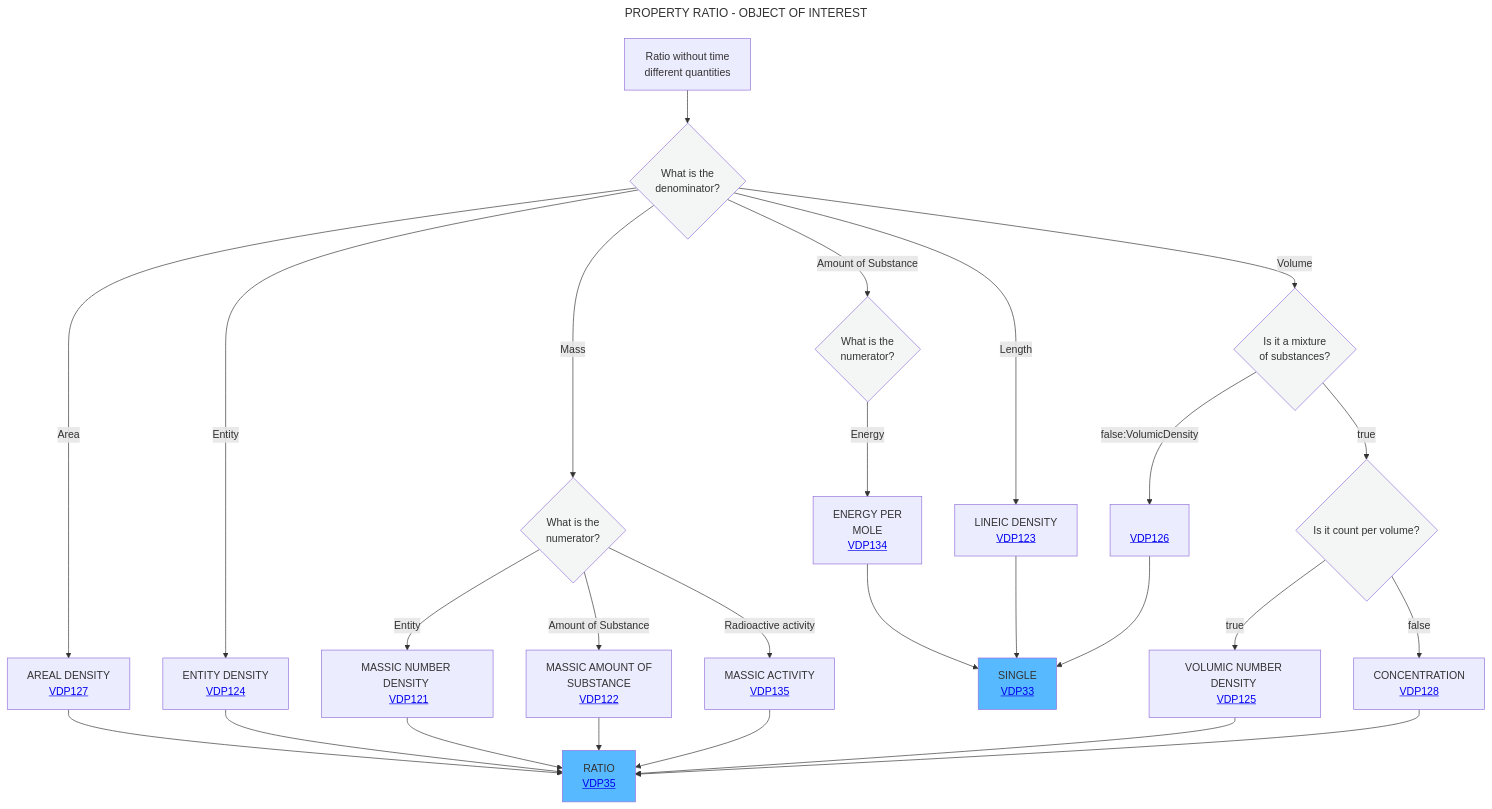
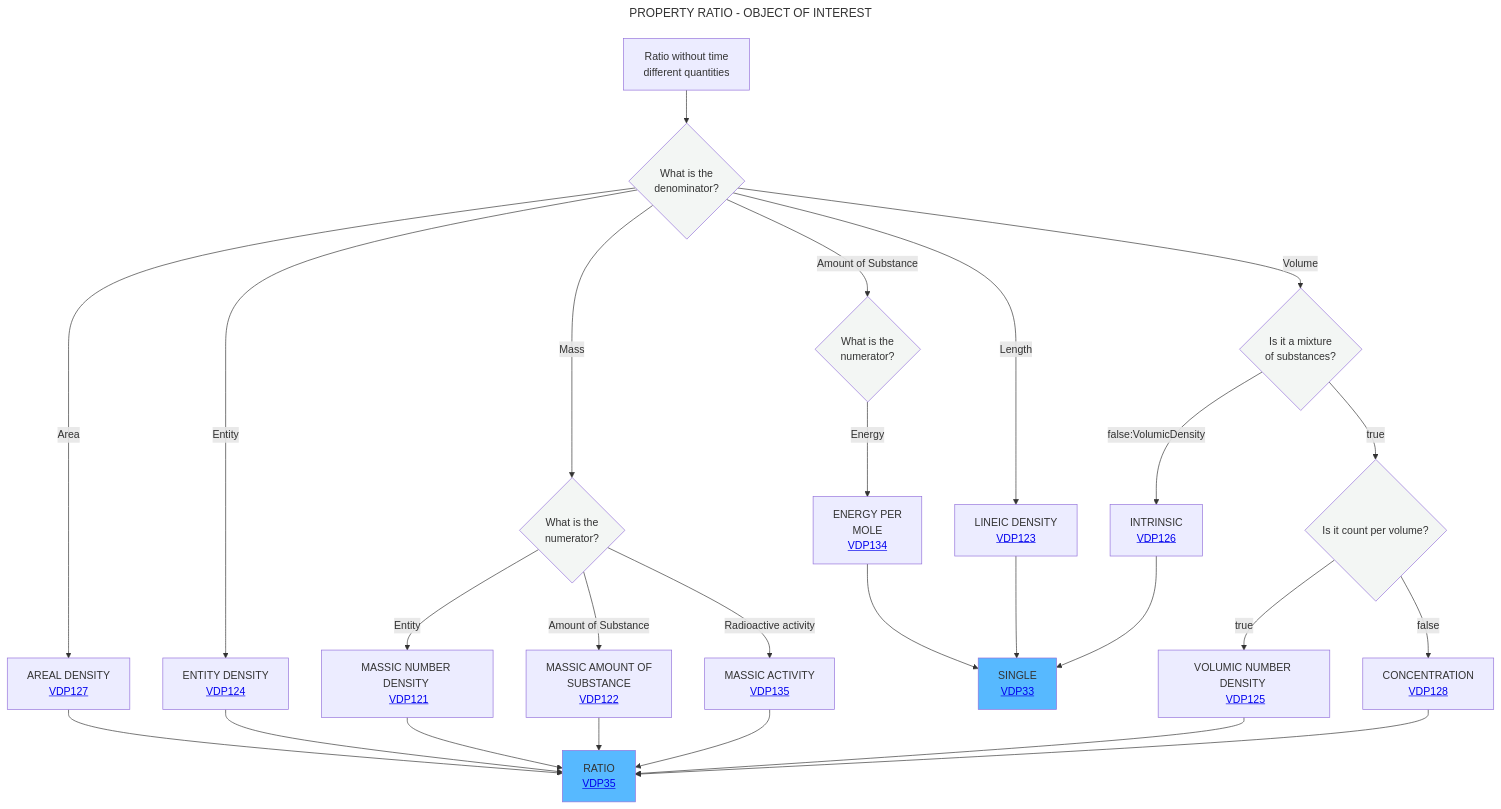
One commit to mabablue/I-ADOPT-patterns-playground changed the diagram in Decisition_trees/DT5.mmd. Above: the diagram before and after it, drawn with Mermaid.

Commit message:
Update label for false VolumicDensity case

```diff
--- a/Decisition_trees/DT5.mmd
+++ b/Decisition_trees/DT5.mmd
@@ -1,33 +1,33 @@
 ---
 title: PROPERTY RATIO - OBJECT OF INTEREST
 ---
 flowchart TD
     A[Ratio without time <br> different quantities] --> B{What is the <br> denominator?}:::white
     B -- Area -->C[AREAL DENSITY <br> <a href='https://github.com/mabablue/I-ADOPT-patterns-playground/blob/main/pattern/VDP127.yaml'>VDP127</a>]
     B -- Entity -->F[ENTITY DENSITY <br> <a href='https://github.com/mabablue/I-ADOPT-patterns-playground/blob/main/pattern/VDP124.yaml'>VDP124</a>]
     B -- Mass -->E{What is the <br> numerator?}:::white
     B -- Amount of Substance --> R{What is the <br> numerator?}:::white
     B -- Length -->D[LINEIC DENSITY <br> <a href='https://github.com/mabablue/I-ADOPT-patterns-playground/blob/main/pattern/VDP123.yaml'>VDP123</a>]
     E -- Entity --> L[MASSIC NUMBER DENSITY <br> <a href='https://github.com/mabablue/I-ADOPT-patterns-playground/blob/main/pattern/VDP121.yaml'>VDP121</a>]
     E -- Amount of Substance --> P[MASSIC AMOUNT OF <br> SUBSTANCE <br> <a href='https://github.com/mabablue/I-ADOPT-patterns-playground/blob/main/pattern/VDP122.yaml'>VDP122</a>]
     E -- Radioactive activity --> Q[MASSIC ACTIVITY <br> <a href='https://github.com/mabablue/I-ADOPT-patterns-playground/blob/main/pattern/VDP135.yaml'>VDP135</a>]
     B -- Volume -->G{Is it a mixture <br> of substances?}:::white
-    G -- false:VolumicDensity-->H[<br> <a href='https://github.com/mabablue/I-ADOPT-patterns-playground/blob/main/pattern/VDP126.yaml'>VDP126</a>]
+    G -- false:VolumicDensity-->H[INTRINSIC <br> <a href='https://github.com/mabablue/I-ADOPT-patterns-playground/blob/main/pattern/VDP126.yaml'>VDP126</a>]
     G--> |true|J{Is it count per volume?}:::white
     J --> |true|I[VOLUMIC NUMBER DENSITY <br> <a href='https://github.com/mabablue/I-ADOPT-patterns-playground/blob/main/pattern/VDP125.yaml'>VDP125</a>]
     J --> |false|M[CONCENTRATION <br> <a href='https://github.com/mabablue/I-ADOPT-patterns-playground/blob/main/pattern/VDP128.yaml'>VDP128</a>]
     I --> N
     C --> N[RATIO <br> <a href='https://github.com/mabablue/I-ADOPT-patterns-playground/blob/main/pattern/VDP35.yaml'>VDP35</a>]:::satblue
     F --> N
     D --> O[SINGLE <br> <a href='https://github.com/mabablue/I-ADOPT-patterns-playground/blob/main/pattern/VDP33.yaml'>VDP33</a>]:::satblue
     R -- Energy --> S[ENERGY PER <br> MOLE <br> <a href='https://github.com/mabablue/I-ADOPT-patterns-playground/blob/main/pattern/VDP134.yaml'>VDP134</a>]
     H --> O
     L --> N
     P --> N
     M --> N
     S --> O
     Q --> N
    classDef blue fill:#90D5FF
    classDef satblue fill:#57B9FF 
    classDef white fill:#f3f6f4
    classDef green fill:#6aa84f
```
